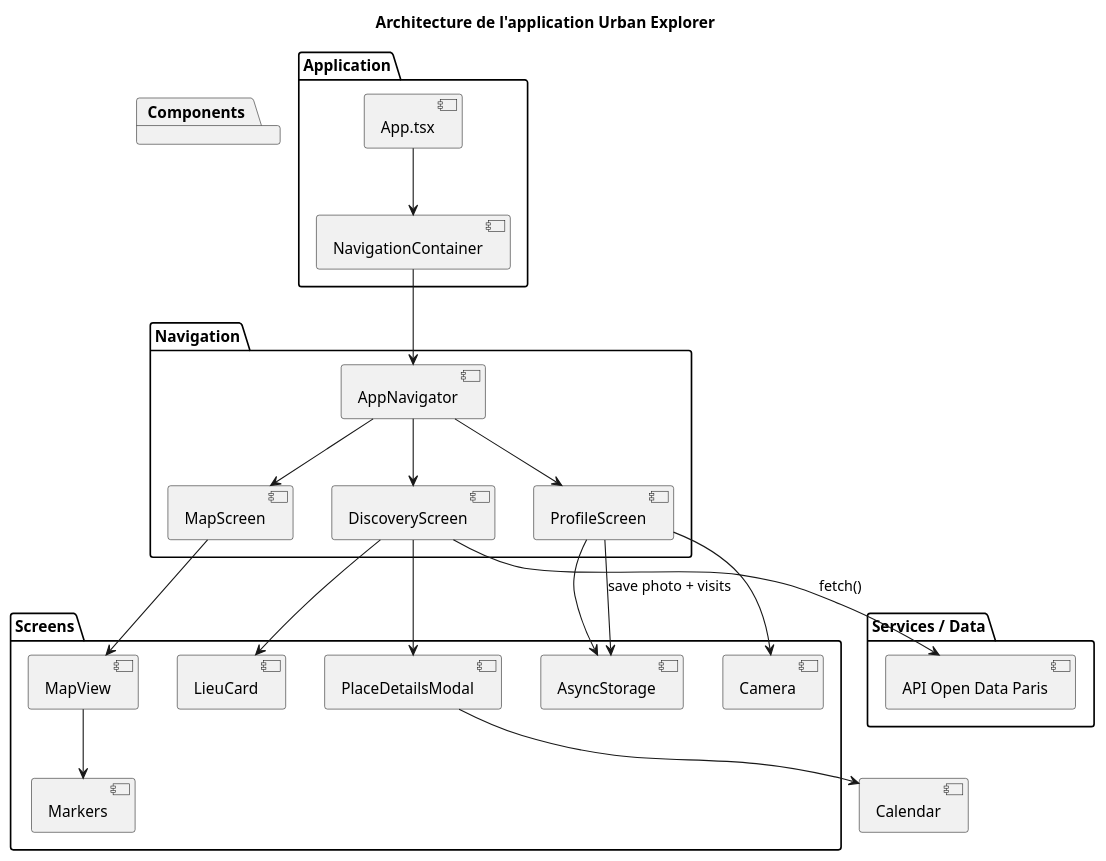
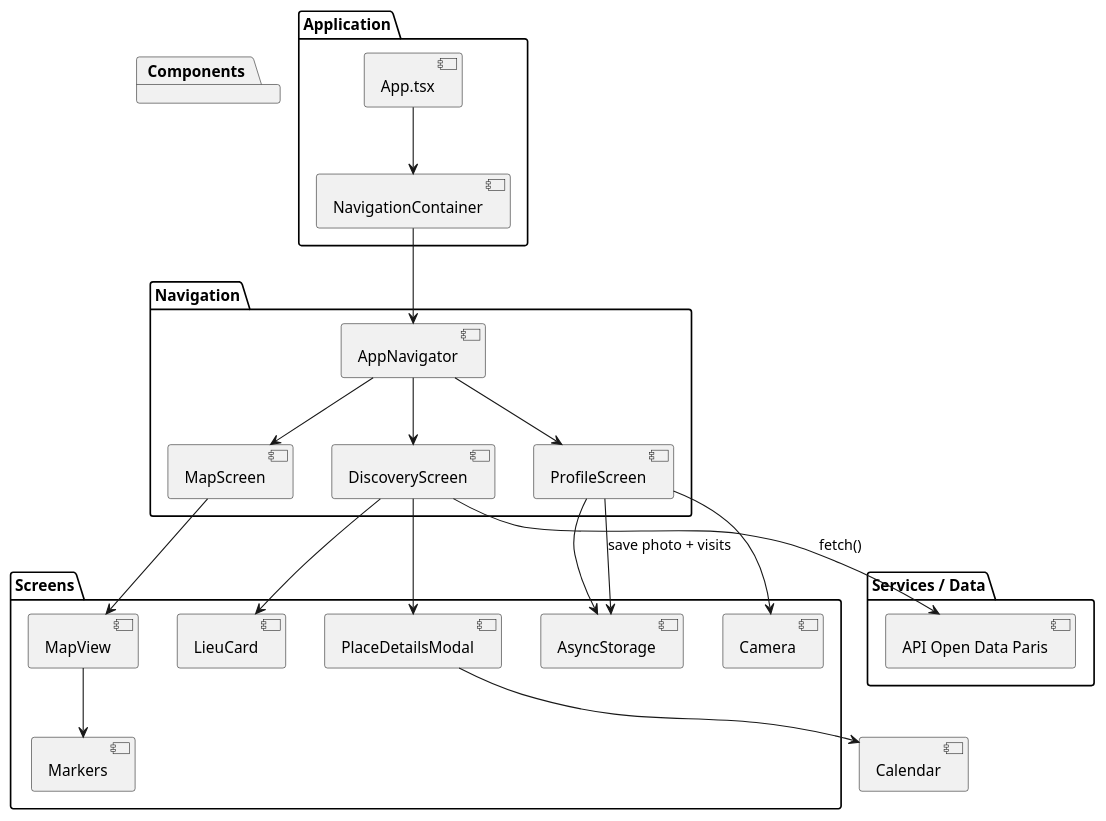
Before and after one commit to Joud04/Urban-Explorer: the diagram in architecture.puml, drawn with PlantUML.

```diff
--- a/architecture.puml
+++ b/architecture.puml
@@ -1,51 +1,49 @@
 @startuml UrbanExplorerArchitecture
-
-title Architecture de l'application Urban Explorer
 
 package "Application" {
 
     [App.tsx] --> [NavigationContainer]
 
 }
 
 package "Navigation" {
 
     [NavigationContainer] --> [AppNavigator]
 
     [AppNavigator] --> [DiscoveryScreen]
     [AppNavigator] --> [MapScreen]
     [AppNavigator] --> [ProfileScreen]
 
 }
 
 package "Screens" {
 
     [DiscoveryScreen] --> [LieuCard]
     [DiscoveryScreen] --> [PlaceDetailsModal]
 
     [MapScreen] --> [MapView]
     [MapView] --> [Markers]
 
     [ProfileScreen] --> [Camera]
     [ProfileScreen] --> [AsyncStorage]
 
 }
 
 package "Components" {
 
     [LieuCard]
 
 }
 
 package "Services / Data" {
 
     [API Open Data Paris]
     [AsyncStorage]
 
 }
 
 [DiscoveryScreen] --> [API Open Data Paris] : fetch()
 [PlaceDetailsModal] --> [Calendar]
 [ProfileScreen] --> [AsyncStorage] : save photo + visits
 
 @enduml
```
